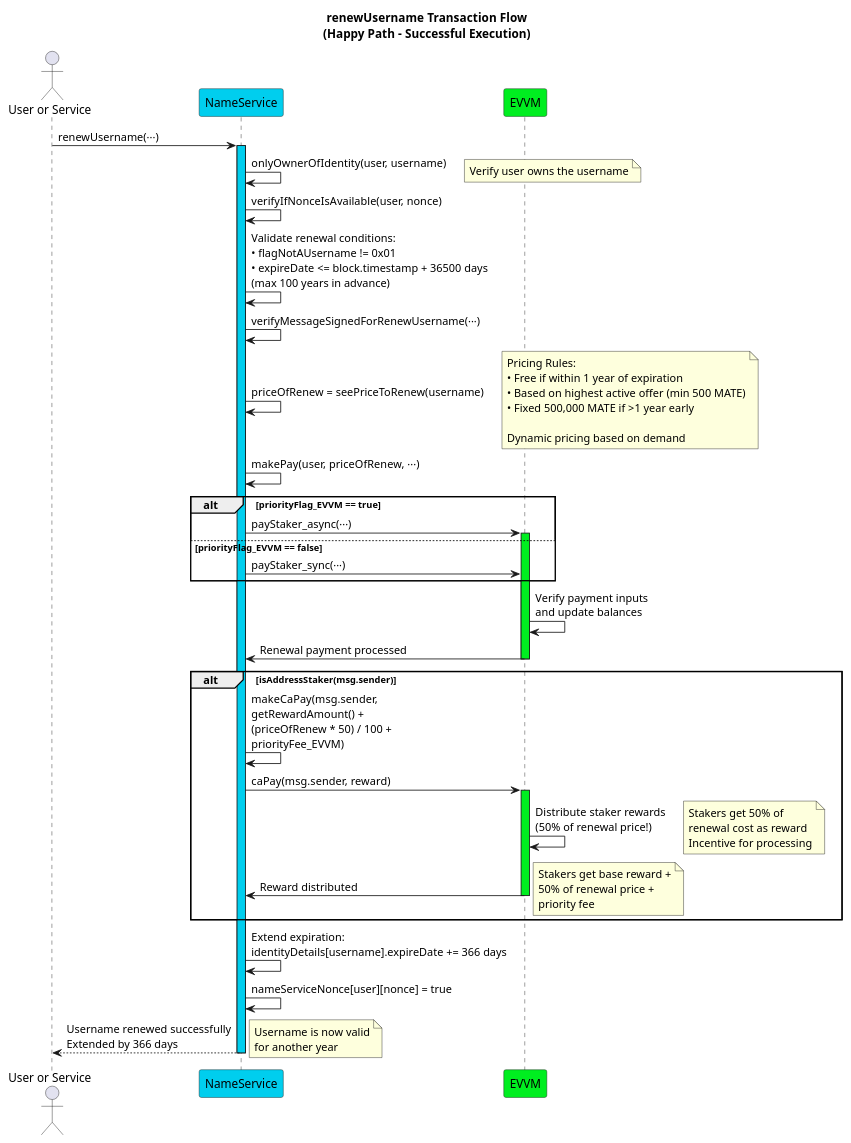
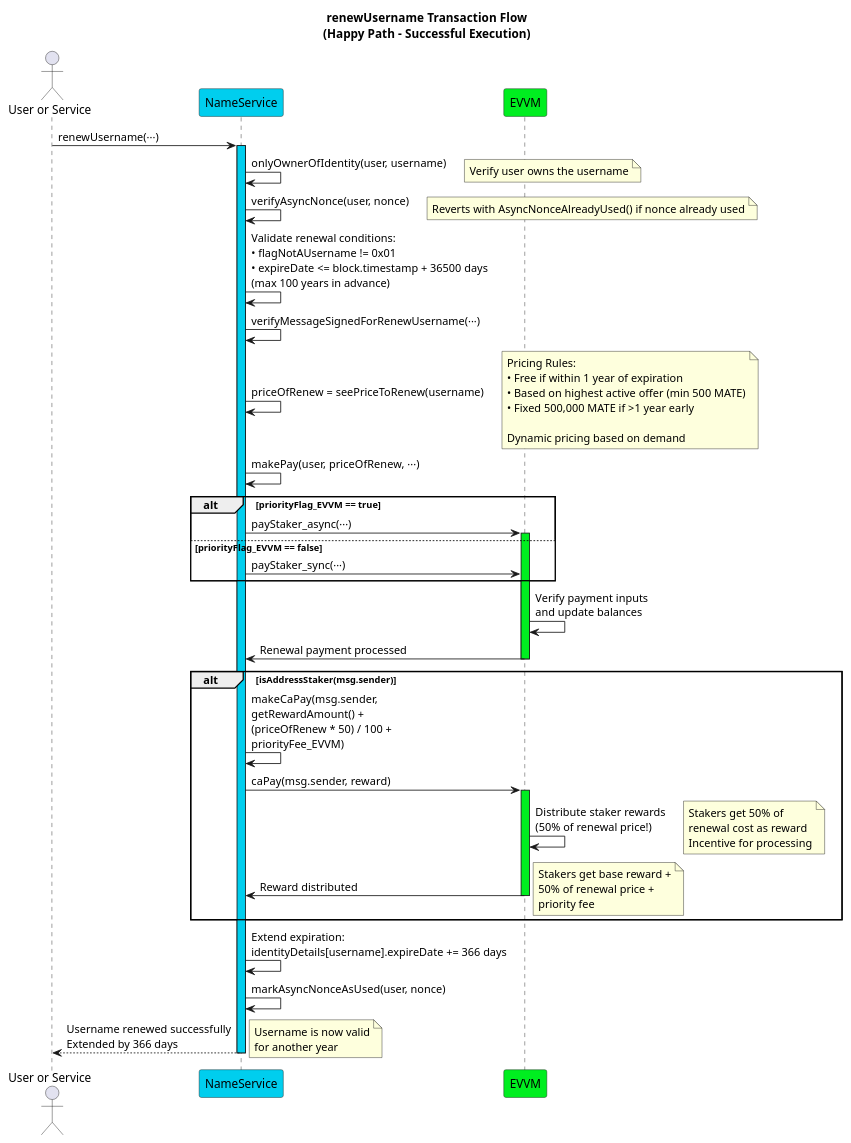
The diagram in docs/04-Contracts/02-NameService/02-UsernameFunctions/img/_plantUML/06renewUsername/renewUsername_HappyPath.puml (EVVM-org/documentation-website), drawn with PlantUML before and after one commit. The commit also changed 134 other files, not shown here.

```diff
--- a/docs/04-Contracts/02-NameService/02-UsernameFunctions/img/_plantUML/06renewUsername/renewUsername_HappyPath.puml
+++ b/docs/04-Contracts/02-NameService/02-UsernameFunctions/img/_plantUML/06renewUsername/renewUsername_HappyPath.puml
@@ -1,68 +1,69 @@
 @startuml
 
 <style>
 document {
   BackGroundColor white
 }
 </style>
 
 actor "User or Service" as user
 participant "NameService" as nameService #00CEEE
 participant "EVVM" as evvm #00EE20
 
 title renewUsername Transaction Flow\n(Happy Path - Successful Execution)
 
 
 user -> nameService : renewUsername(···)
 
 activate nameService #00CEEE
 
 nameService -> nameService : onlyOwnerOfIdentity(user, username)
 note right : Verify user owns the username
 
-nameService -> nameService : verifyIfNonceIsAvailable(user, nonce)
+nameService -> nameService : verifyAsyncNonce(user, nonce)
+    note right : Reverts with AsyncNonceAlreadyUsed() if nonce already used
 
 nameService -> nameService : Validate renewal conditions:\n• flagNotAUsername != 0x01\n• expireDate <= block.timestamp + 36500 days\n(max 100 years in advance)
 
 nameService -> nameService : verifyMessageSignedForRenewUsername(···)
 
 nameService -> nameService : priceOfRenew = seePriceToRenew(username)
 note right : Pricing Rules:\n• Free if within 1 year of expiration\n• Based on highest active offer (min 500 MATE)\n• Fixed 500,000 MATE if >1 year early\n\nDynamic pricing based on demand
 
 nameService -> nameService : makePay(user, priceOfRenew, ···)
 
 alt #white priorityFlag_EVVM == true
     nameService -> evvm : payStaker_async(···)
     activate evvm #00EE20
 else #white priorityFlag_EVVM == false
     nameService -> evvm : payStaker_sync(···)
 end
 
 evvm -> evvm : Verify payment inputs\nand update balances
 evvm -> nameService : Renewal payment processed
 deactivate evvm
 
 alt #white isAddressStaker(msg.sender)
     nameService -> nameService : makeCaPay(msg.sender,\ngetRewardAmount() +\n(priceOfRenew * 50) / 100 +\npriorityFee_EVVM)
 
     nameService -> evvm : caPay(msg.sender, reward)
     activate evvm #00EE20
     evvm -> evvm : Distribute staker rewards\n(50% of renewal price!)
     note right : Stakers get 50% of\nrenewal cost as reward\nIncentive for processing
     evvm -> nameService : Reward distributed
     deactivate evvm
     
     note right : Stakers get base reward +\n50% of renewal price +\npriority fee
 end
 
 nameService -> nameService : Extend expiration:\nidentityDetails[username].expireDate += 366 days
 
-nameService -> nameService : nameServiceNonce[user][nonce] = true
+nameService -> nameService : markAsyncNonceAsUsed(user, nonce)
 
 nameService --> user : Username renewed successfully\nExtended by 366 days
 
 deactivate nameService
 
 note right : Username is now valid\nfor another year
 
 @enduml
```
